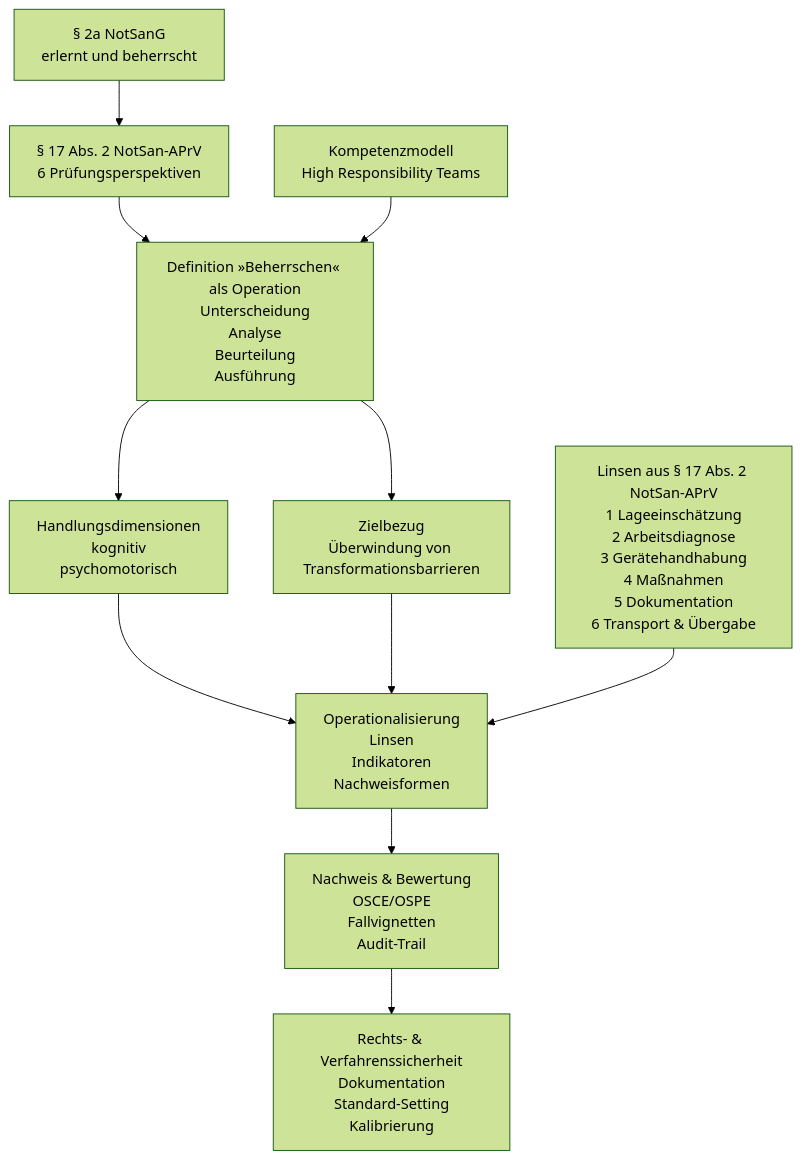
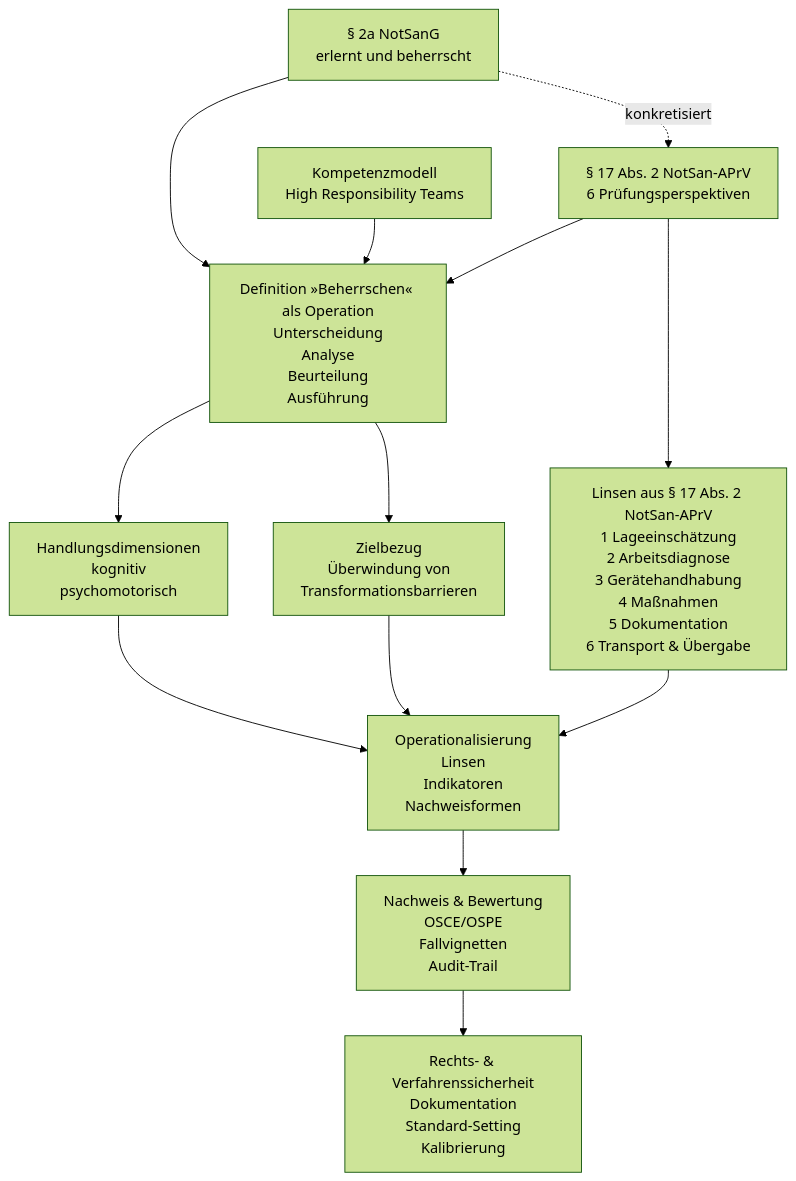
Before and after one commit to jochen-hanisch/research: the diagram in Bildungswissenschaft/Beherrschen.md, drawn with Mermaid (forest theme).

Commit message:
Verbessere den Fluss im Diagramm zur systemtheoretischen Operationalisierung und füge eine optionale rechtsnormative Ableitung hinzu.

````diff
--- a/Bildungswissenschaft/Beherrschen.md
+++ b/Bildungswissenschaft/Beherrschen.md
@@ -95,39 +95,43 @@
 ```mermaid
 flowchart TD
     %% Quellenebene
     A["§ 2a NotSanG<br/>erlernt und beherrscht"] 
     B["§ 17 Abs. 2 NotSan-APrV<br/>6 Prüfungsperspektiven"] 
     C["Kompetenzmodell<br/>High Responsibility Teams"]
 
     %% Definition (Zentrum)
     D["Definition »Beherrschen« als Operation<br/>Unterscheidung<br/>Analyse<br/>Beurteilung<br/>Ausführung"]
 
     %% Handlungsdimensionen & Zielbezug
     H["Handlungsdimensionen<br/>kognitiv<br/>psychomotorisch"]
-    I["Zielbezug<br/>Überwindung von Transformationsbarrieren"]
+    I["Zielbezug<br/>Überwindung von<br/>Transformationsbarrieren"]
 
     %% Operationalisierung
     E["Operationalisierung<br/>Linsen<br/>Indikatoren<br/>Nachweisformen"]
 
     %% Nachweis & Bewertung
     F["Nachweis & Bewertung<br/>OSCE/OSPE<br/>Fallvignetten<br/>Audit-Trail"]
     G["Rechts- & Verfahrenssicherheit<br/>Dokumentation<br/>Standard-Setting<br/>Kalibrierung"]
 
     %% Flüsse
-    A --> B
+    A --> D
     B --> D
     C --> D
+
+    %% Rechtsnormative Ableitung (optional visualisiert)
+    A -. konkretisiert .-> B
 
     D --> H
     D --> I
 
     H --> E
     I --> E
 
     E --> F
     F --> G
 
     %% Linsen-Knoten (statt Einzellinsen)
     Linsen["Linsen aus § 17 Abs. 2 NotSan-APrV<br/>1 Lageeinschätzung<br/>2 Arbeitsdiagnose<br/>3 Gerätehandhabung<br/>4 Maßnahmen<br/>5 Dokumentation<br/>6 Transport & Übergabe"]
+    B --> Linsen
     Linsen --> E
 ```
````
